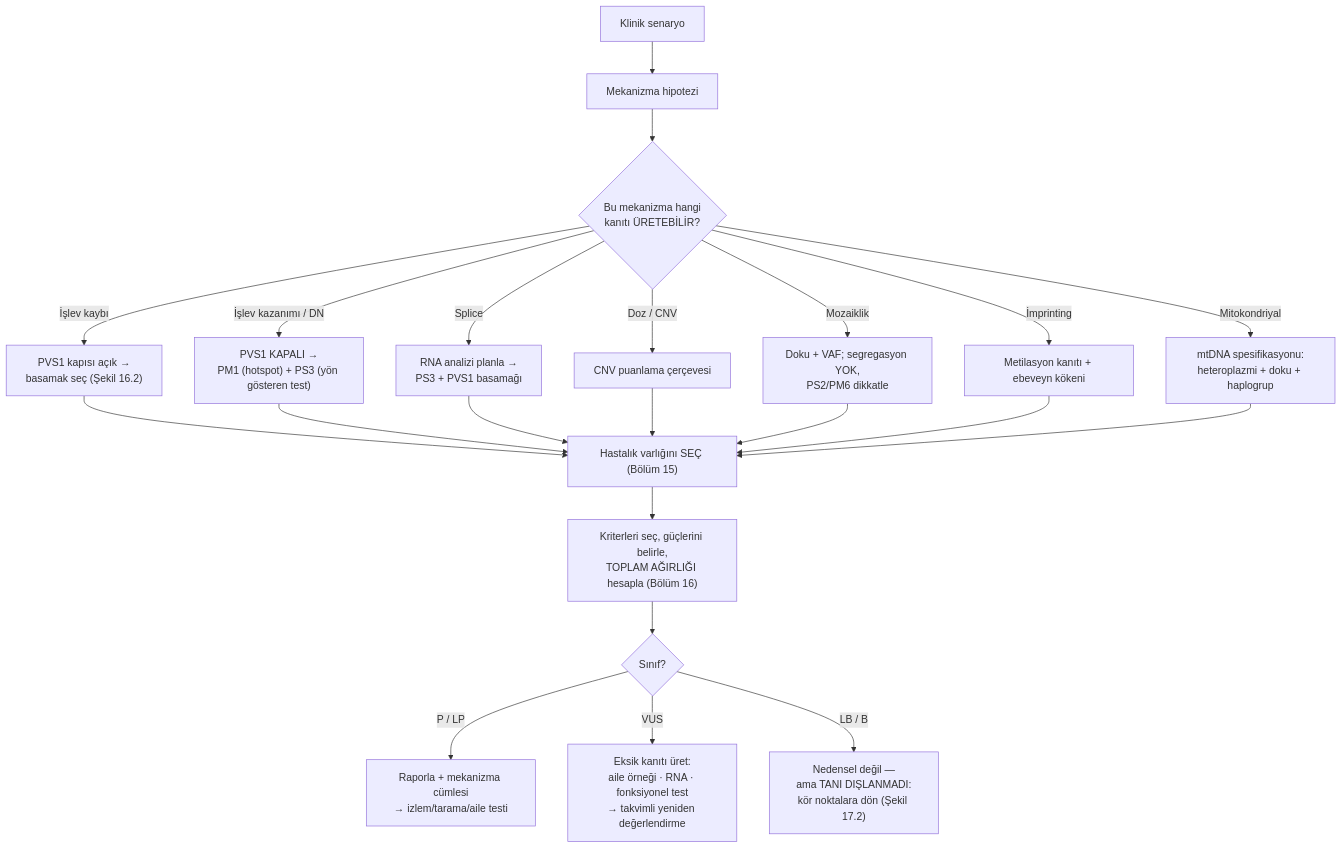
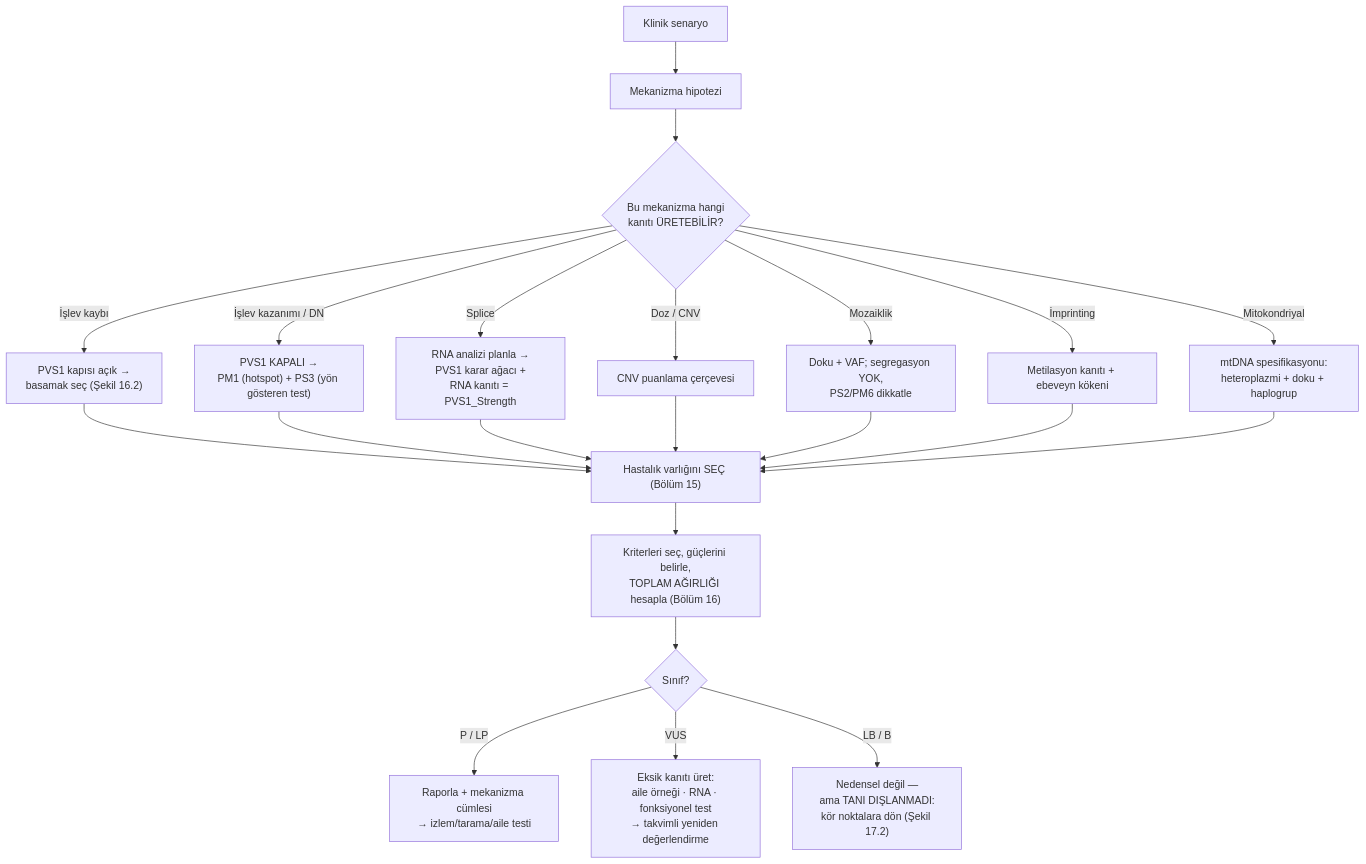
Before and after one commit to MDKalenderoglu/Mekanizma_Kitab-: the second of 3 diagrams in Bölüm_17_Klinik_Senaryolarla_Sentez.md, drawn with Mermaid. The commit also changed other lines of this file and 18 other files, not shown here.

````diff
--- a/Bölüm_17_Klinik_Senaryolarla_Sentez.md
+++ b/Bölüm_17_Klinik_Senaryolarla_Sentez.md
@@ -203,27 +203,27 @@
 ```mermaid
 flowchart TD
   A["Klinik senaryo"] --> B["Mekanizma hipotezi"]
   B --> C{"Bu mekanizma hangi<br/>kanıtı ÜRETEBİLİR?"}
 
   C -->|"İşlev kaybı"| D["PVS1 kapısı açık →<br/>basamak seç (Şekil 16.2)"]
   C -->|"İşlev kazanımı / DN"| E["PVS1 KAPALI →<br/>PM1 (hotspot) + PS3 (yön gösteren test)"]
-  C -->|"Splice"| F["RNA analizi planla →<br/>PS3 + PVS1 basamağı"]
+  C -->|"Splice"| F["RNA analizi planla →<br/>PVS1 karar ağacı +<br/>RNA kanıtı = PVS1_Strength"]
   C -->|"Doz / CNV"| G["CNV puanlama çerçevesi"]
   C -->|"Mozaiklik"| H["Doku + VAF; segregasyon YOK,<br/>PS2/PM6 dikkatle"]
   C -->|"İmprinting"| I["Metilasyon kanıtı + ebeveyn kökeni"]
   C -->|"Mitokondriyal"| J["mtDNA spesifikasyonu:<br/>heteroplazmi + doku + haplogrup"]
 
   D --> K["Hastalık varlığını SEÇ (Bölüm 15)"]
   E --> K
   F --> K
   G --> K
   H --> K
   I --> K
   J --> K
 
   K --> L["Kriterleri seç, güçlerini belirle,<br/>TOPLAM AĞIRLIĞI hesapla (Bölüm 16)"]
   L --> M{"Sınıf?"}
   M -->|"P / LP"| N["Raporla + mekanizma cümlesi<br/>→ izlem/tarama/aile testi"]
   M -->|"VUS"| O["Eksik kanıtı üret:<br/>aile örneği · RNA · fonksiyonel test<br/>→ takvimli yeniden değerlendirme"]
   M -->|"LB / B"| P["Nedensel değil —<br/>ama TANI DIŞLANMADI:<br/>kör noktalara dön (Şekil 17.2)"]
 ```
````
